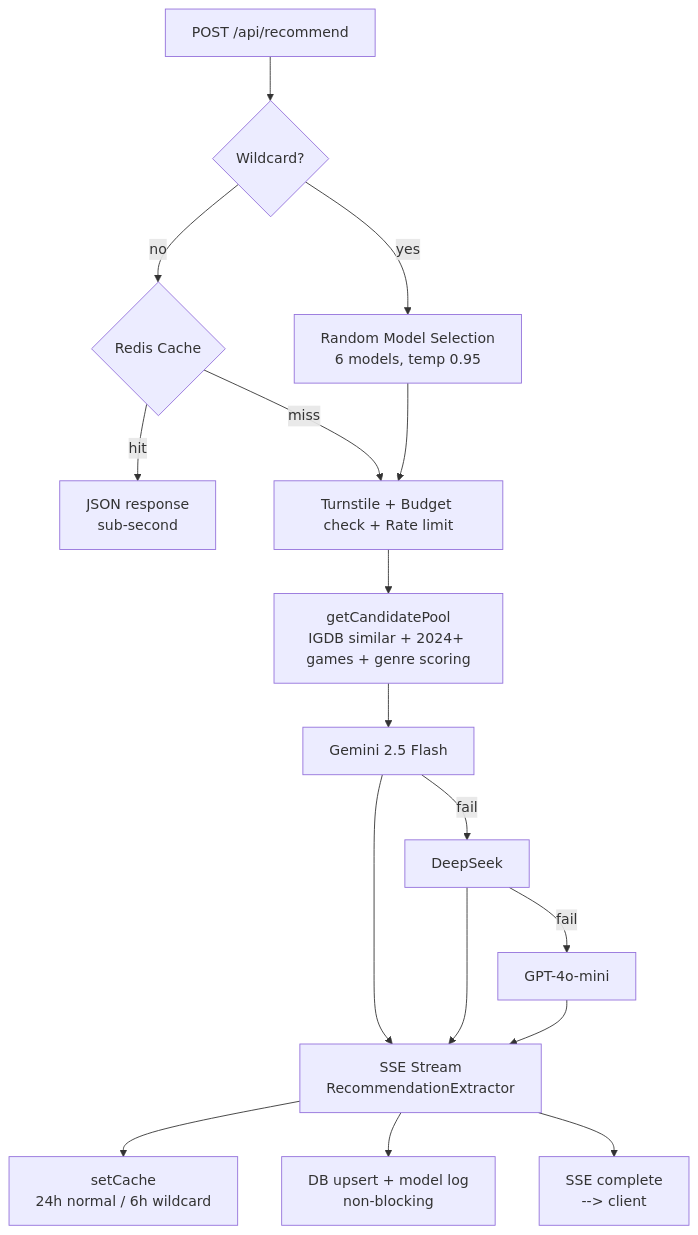
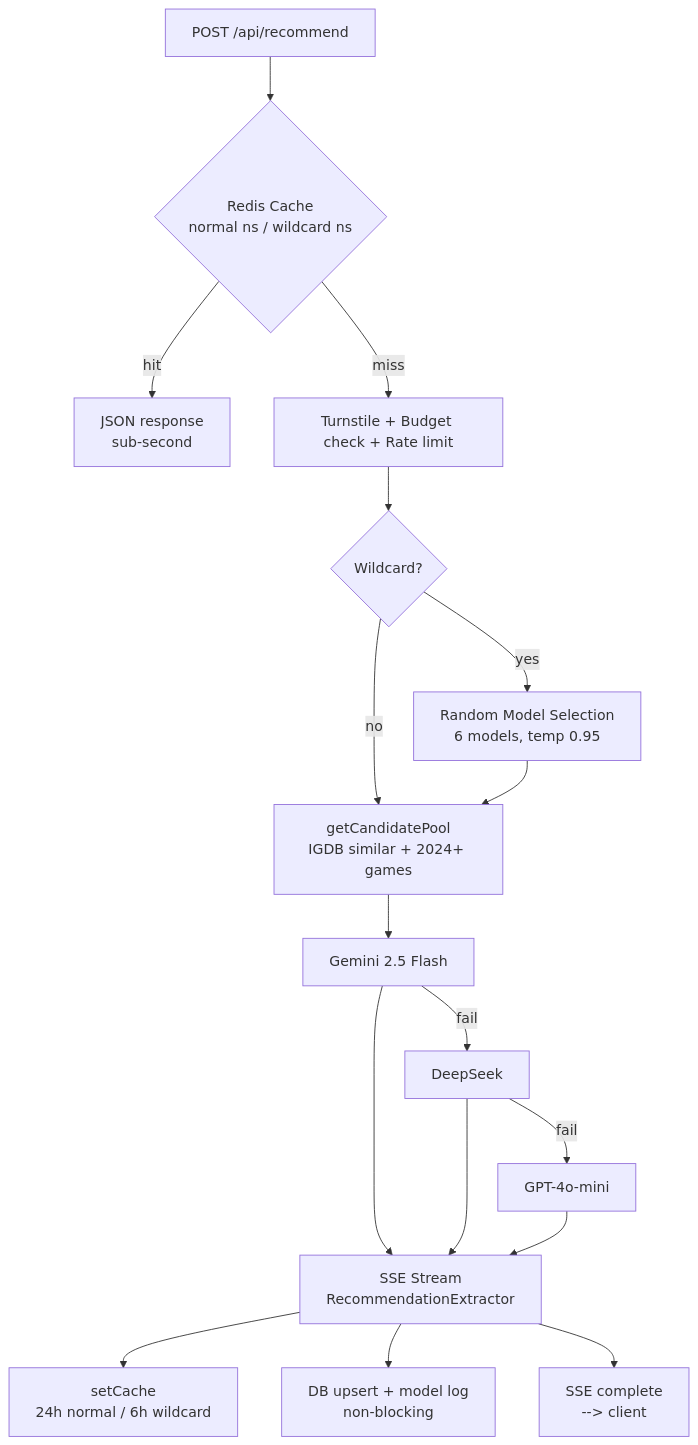
The diagram in README.md (arasovic/likethisgame.com), drawn with Mermaid before and after one commit.

Commit message:
Fix wildcard diagram: cache applies to both paths

````diff
--- a/README.md
+++ b/README.md
@@ -42,19 +42,19 @@
 ```mermaid
 flowchart TD
-    A[POST /api/recommend] --> B{Wildcard?}
-    B -- no --> C{Redis Cache}
-    B -- yes --> W[Random Model Selection<br/>6 models, temp 0.95]
-    C -- hit --> D[JSON response<br/>sub-second]
-    C -- miss --> E[Turnstile + Budget check + Rate limit]
-    E --> F[getCandidatePool<br/>IGDB similar + 2024+ games + genre scoring]
+    A[POST /api/recommend] --> B{Redis Cache<br/>normal ns / wildcard ns}
+    B -- hit --> C[JSON response<br/>sub-second]
+    B -- miss --> D[Turnstile + Budget check + Rate limit]
+    D --> E{Wildcard?}
+    E -- no --> F[getCandidatePool<br/>IGDB similar + 2024+ games]
+    E -- yes --> W[Random Model Selection<br/>6 models, temp 0.95]
+    W --> F
     F --> G[Gemini 2.5 Flash]
     G -- fail --> H[DeepSeek]
     H -- fail --> I[GPT-4o-mini]
-    W --> E
     G --> J[SSE Stream<br/>RecommendationExtractor]
     H --> J
     I --> J
     J --> K[setCache<br/>24h normal / 6h wildcard]
     J --> L[DB upsert + model log<br/>non-blocking]
     J --> M[SSE complete<br/>--> client]
 ```
````
